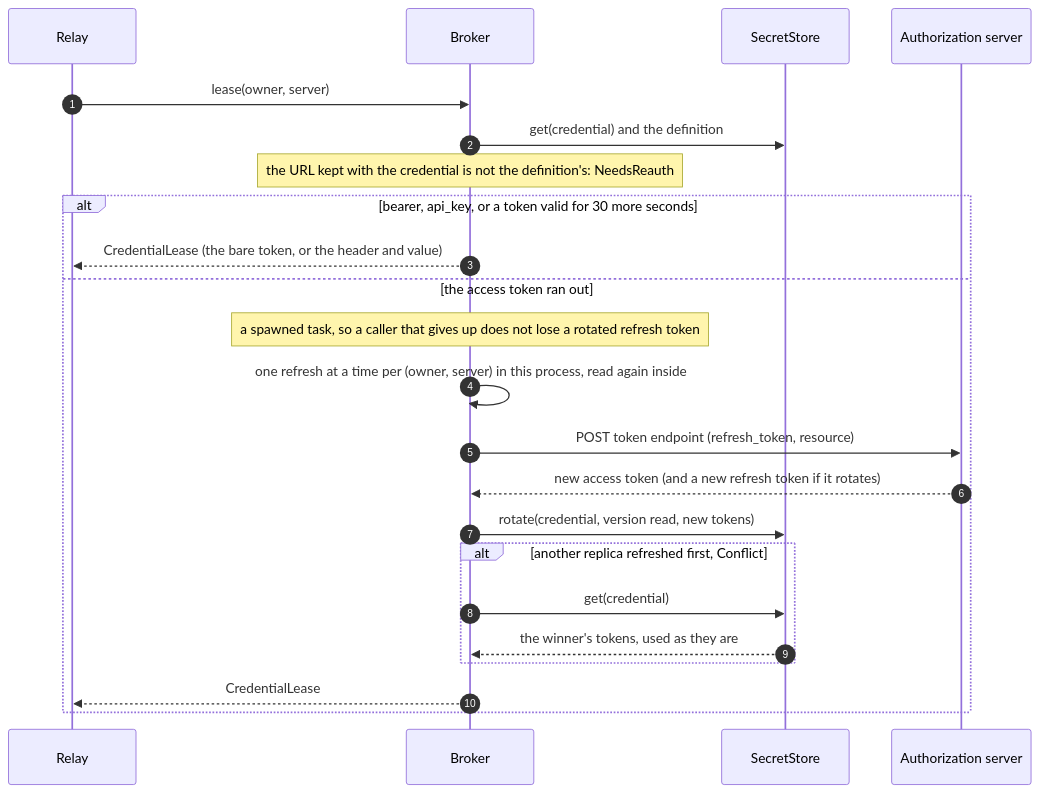
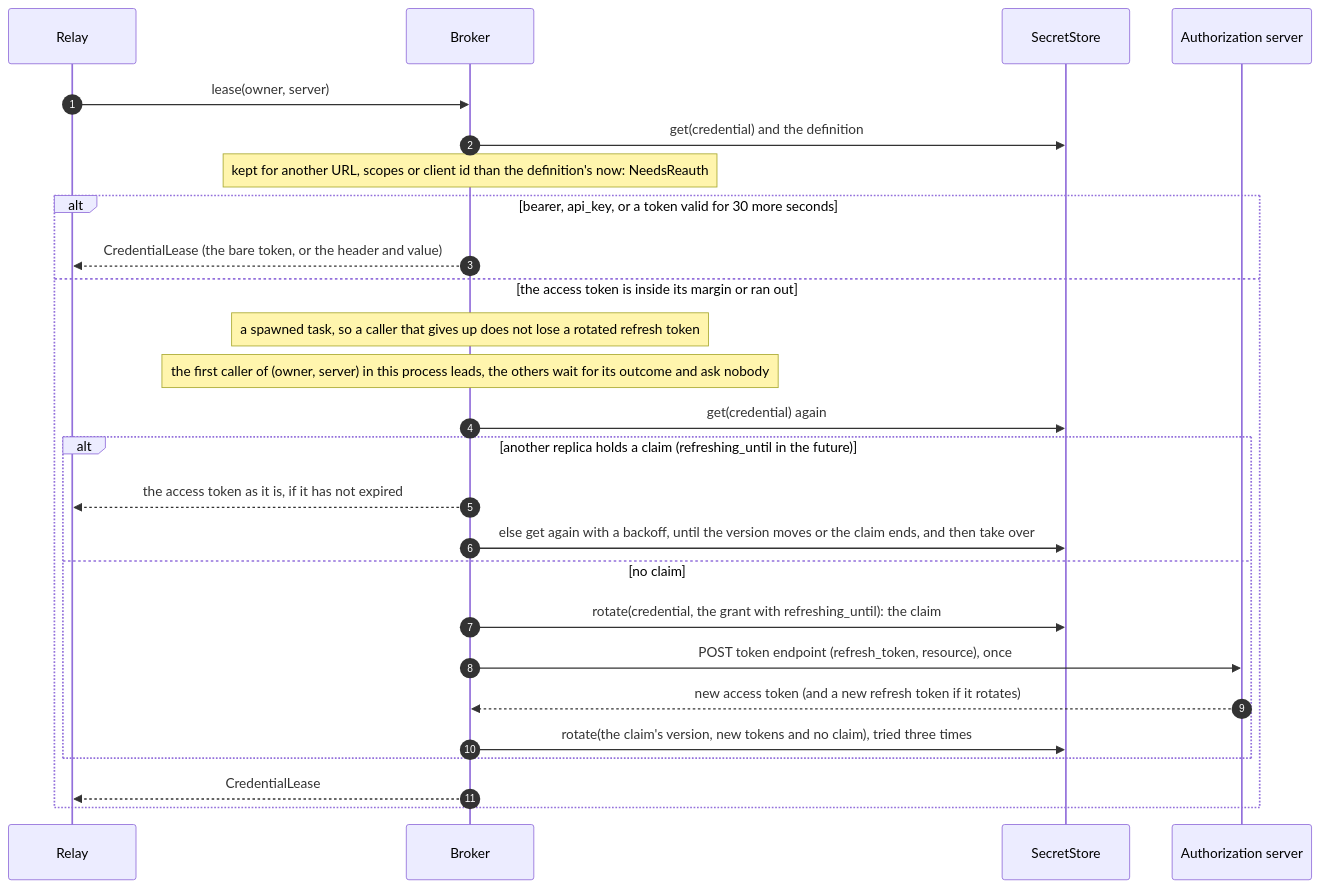
The third of 4 diagrams in orchestrator/crates/credential-broker/README.md (vymalo/another-agentic-system), drawn with Mermaid before and after one commit. The commit also changed other lines of this file and 5 other files, not shown here.

````diff
--- a/orchestrator/crates/credential-broker/README.md
+++ b/orchestrator/crates/credential-broker/README.md
@@ -113,25 +178,28 @@
 ```mermaid
 sequenceDiagram
   autonumber
   participant R as Relay
   participant B as Broker
   participant S as SecretStore
   participant A as Authorization server
   R->>B: lease(owner, server)
   B->>S: get(credential) and the definition
-  Note over B: the URL kept with the credential is not the definition's: NeedsReauth
+  Note over B: kept for another URL, scopes or client id than the definition's now: NeedsReauth
   alt bearer, api_key, or a token valid for 30 more seconds
     B-->>R: CredentialLease (the bare token, or the header and value)
-  else the access token ran out
+  else the access token is inside its margin or ran out
     Note over B: a spawned task, so a caller that gives up does not lose a rotated refresh token
-    B->>B: one refresh at a time per (owner, server) in this process, read again inside
-    B->>A: POST token endpoint (refresh_token, resource)
-    A-->>B: new access token (and a new refresh token if it rotates)
-    B->>S: rotate(credential, version read, new tokens)
-    alt another replica refreshed first, Conflict
-      B->>S: get(credential)
-      S-->>B: the winner's tokens, used as they are
+    Note over B: the first caller of (owner, server) in this process leads, the others wait for its outcome and ask nobody
+    B->>S: get(credential) again
+    alt another replica holds a claim (refreshing_until in the future)
+      B-->>R: the access token as it is, if it has not expired
+      B->>S: else get again with a backoff, until the version moves or the claim ends, and then take over
+    else no claim
+      B->>S: rotate(credential, the grant with refreshing_until): the claim
+      B->>A: POST token endpoint (refresh_token, resource), once
+      A-->>B: new access token (and a new refresh token if it rotates)
+      B->>S: rotate(the claim's version, new tokens and no claim), tried three times
     end
     B-->>R: CredentialLease
   end
 ```
````
